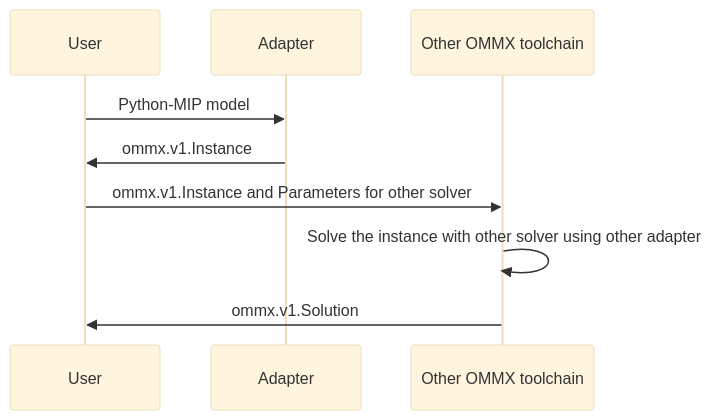
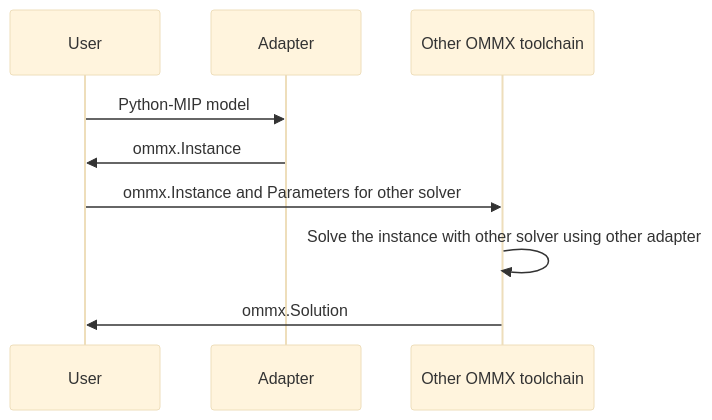
Before and after one commit to Jij-Inc/ommx: the second of 2 diagrams in python/ommx-python-mip-adapter/README.md, drawn with Mermaid (base theme). The commit also changed other lines of this file and 232 other files, not shown here.

````diff
--- a/python/ommx-python-mip-adapter/README.md
+++ b/python/ommx-python-mip-adapter/README.md
@@ -25,11 +25,11 @@
 ```mermaid
 sequenceDiagram
     participant U as User
     participant A as Adapter
     participant O as Other OMMX toolchain
     U->>A: Python-MIP model
-    A->>U: ommx.v1.Instance
-    U->>O: ommx.v1.Instance and Parameters for other solver
+    A->>U: ommx.Instance
+    U->>O: ommx.Instance and Parameters for other solver
     O->>O: Solve the instance with other solver using other adapter
-    O->>U: ommx.v1.Solution
+    O->>U: ommx.Solution
 ```
````
